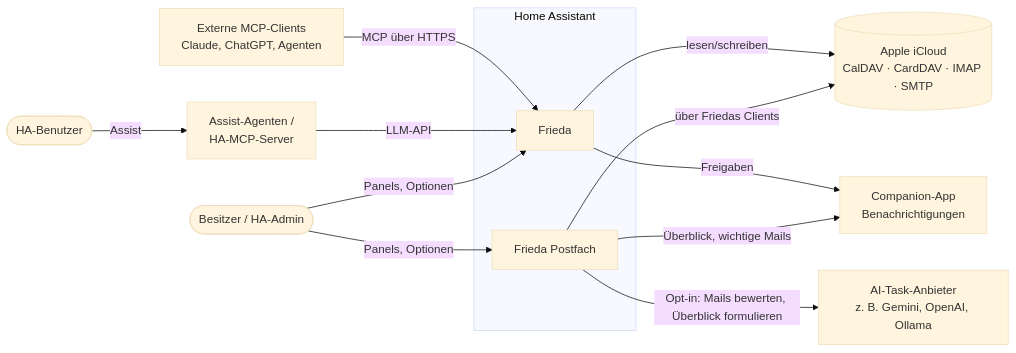
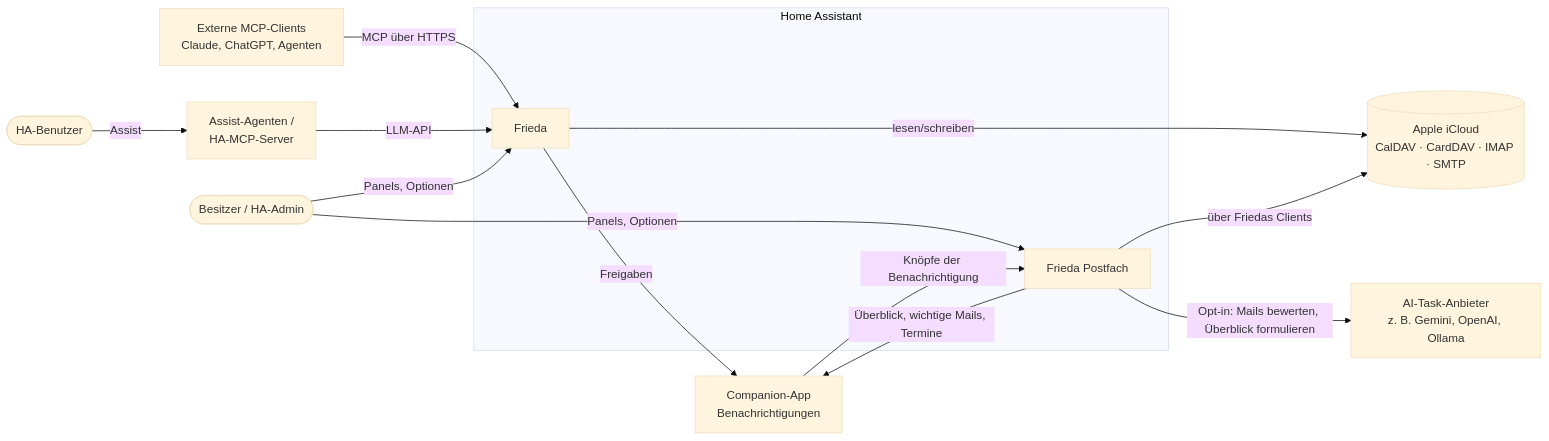
Before and after one commit to nadeo360/friedafetch: the first of 7 diagrams in docs/architecture.de.md, drawn with Mermaid (base theme). The commit also changed other lines of this file and 1 other file, not shown here.

First line of the commit message:
arc42: brought up to Frieda 2.0.23 / Frieda Postfach 1.0.31

````diff
--- a/docs/architecture.de.md
+++ b/docs/architecture.de.md
@@ -76,24 +82,25 @@
 ```mermaid
 flowchart LR
   owner([Besitzer / HA-Admin])
   users([HA-Benutzer])
   ext[Externe MCP-Clients<br/>Claude, ChatGPT, Agenten]
   assist[Assist-Agenten /<br/>HA-MCP-Server]
   ai[AI-Task-Anbieter<br/>z. B. Gemini, OpenAI, Ollama]
   icloud[(Apple iCloud<br/>CalDAV · CardDAV · IMAP · SMTP)]
   phone[Companion-App<br/>Benachrichtigungen]
   subgraph HA[Home Assistant]
     frieda[Frieda]
     postfach[Frieda Postfach]
   end
   ext -- MCP über HTTPS --> frieda
   assist -- LLM-API --> frieda
   users -- Assist --> assist
   owner -- Panels, Optionen --> frieda
   owner -- Panels, Optionen --> postfach
   frieda -- lesen/schreiben --> icloud
   postfach -- über Friedas Clients --> icloud
   postfach -- Opt-in: Mails bewerten, Überblick formulieren --> ai
   frieda -- Freigaben --> phone
-  postfach -- Überblick, wichtige Mails --> phone
+  postfach -- Überblick, wichtige Mails, Termine --> phone
+  phone -- Knöpfe der Benachrichtigung --> postfach
 ```
````
